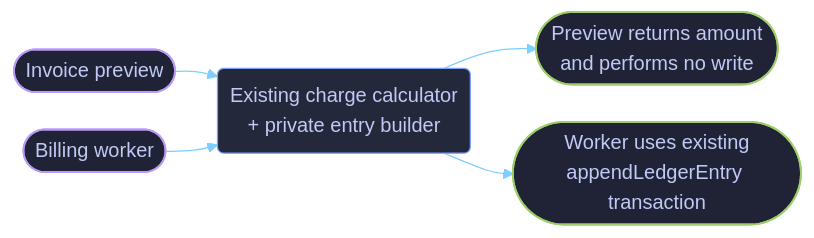
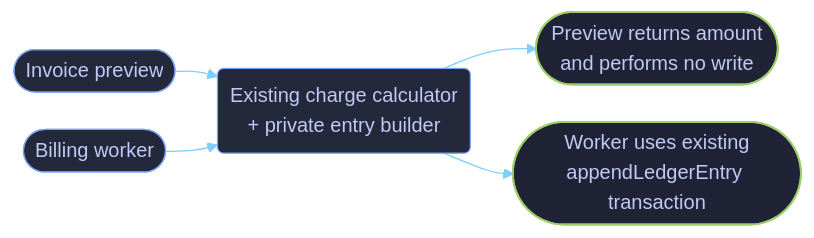
One commit to dvo-dev/copilot-guidance changed the second of 2 diagrams in docs/skill-workflows/surgical-refactoring.md. Above: the diagram before and after it, drawn with Mermaid. The commit also changed 7 other files, not shown here.

````diff
--- a/docs/skill-workflows/surgical-refactoring.md
+++ b/docs/skill-workflows/surgical-refactoring.md
@@ -55,15 +55,13 @@
 ```mermaid
 %%{init: {"theme":"base","themeVariables":{"background":"#1a1b26","primaryColor":"#24283b","primaryTextColor":"#c0caf5","primaryBorderColor":"#7aa2f7","secondaryColor":"#1f2335","secondaryTextColor":"#c0caf5","secondaryBorderColor":"#bb9af7","tertiaryColor":"#16161e","tertiaryTextColor":"#c0caf5","tertiaryBorderColor":"#7dcfff","lineColor":"#7dcfff","textColor":"#c0caf5","mainBkg":"#24283b","nodeBorder":"#7aa2f7","clusterBkg":"#16161e","clusterBorder":"#565f89","defaultLinkColor":"#7dcfff","edgeLabelBackground":"#1a1b26","titleColor":"#bb9af7","fontFamily":"ui-monospace, SFMono-Regular, Menlo, Monaco, Consolas, Liberation Mono, monospace"},"flowchart":{"curve":"basis","htmlLabels":true,"nodeSpacing":30,"rankSpacing":34,"padding":10}}}%%
 flowchart LR
     PREVIEW(["Invoice preview"]) --> CORE("Existing charge calculator<br/>+ private entry builder")
     POST(["Billing worker"]) --> CORE
     CORE --> PREVIEWR(["Preview returns amount<br/>and performs no write"])
     CORE --> POSTR(["Worker uses existing<br/>appendLedgerEntry transaction"])
 
     classDef stage fill:#24283b,stroke:#7aa2f7,stroke-width:1px,color:#c0caf5;
     classDef outcome fill:#1f2335,stroke:#9ece6a,stroke-width:1.5px,color:#c0caf5;
-    classDef human fill:#1f2335,stroke:#bb9af7,stroke-width:1.5px,color:#c0caf5;
-    class CORE stage;
-    class PREVIEW,POST human;
+    class CORE,PREVIEW,POST stage;
     class PREVIEWR,POSTR outcome;
 ```
````
